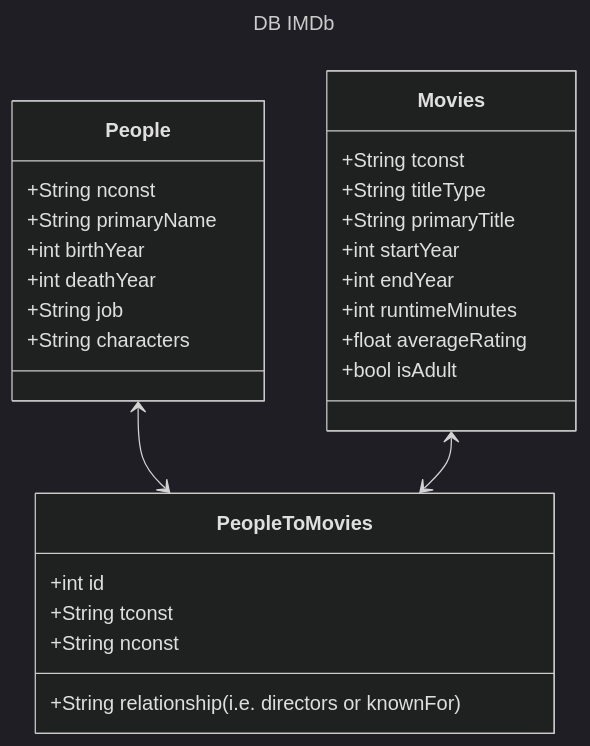
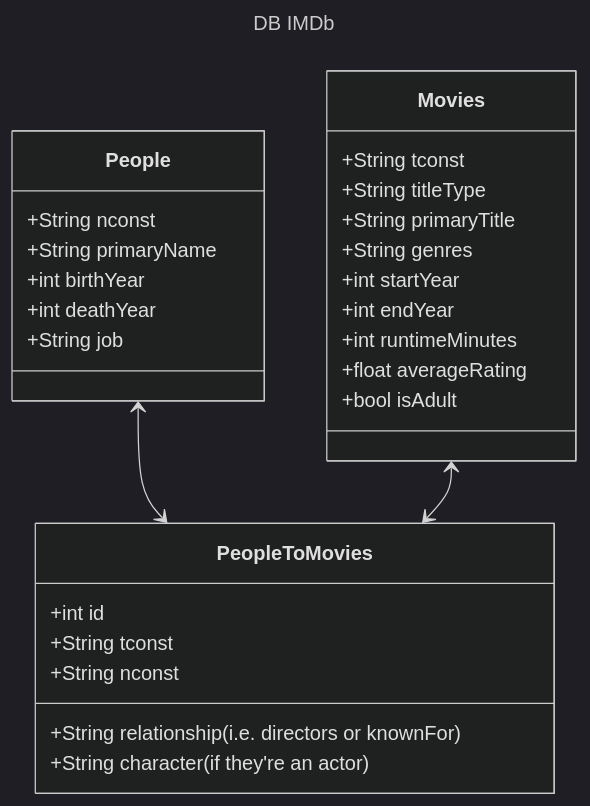
Before and after one commit to alexamarki/kinojecture-qt: the diagram in helper_src/planning/db_viz.md, drawn with Mermaid (dark theme). The commit also changed 3 other files, not shown here.

````diff
--- a/helper_src/planning/db_viz.md
+++ b/helper_src/planning/db_viz.md
@@ -3,34 +3,35 @@
 ```mermaid
 ---
 title: DB IMDb
 ---
 classDiagram
 
     People <--> PeopleToMovies
     Movies <--> PeopleToMovies
 
     class Movies {
         +String tconst
         +String titleType
         +String primaryTitle
+        +String genres
         +int startYear
         +int endYear
         +int runtimeMinutes
         +float averageRating
         +bool isAdult
     }
     class PeopleToMovies {
         +int id
         +String relationship (i.e. directors or knownFor)
+        +String character (if they're an actor)
         +String tconst
         +String nconst
     }
     class People {
         +String nconst
         +String primaryName
         +int birthYear
         +int deathYear
         +String job
-        +String characters
     }
 ```
````
